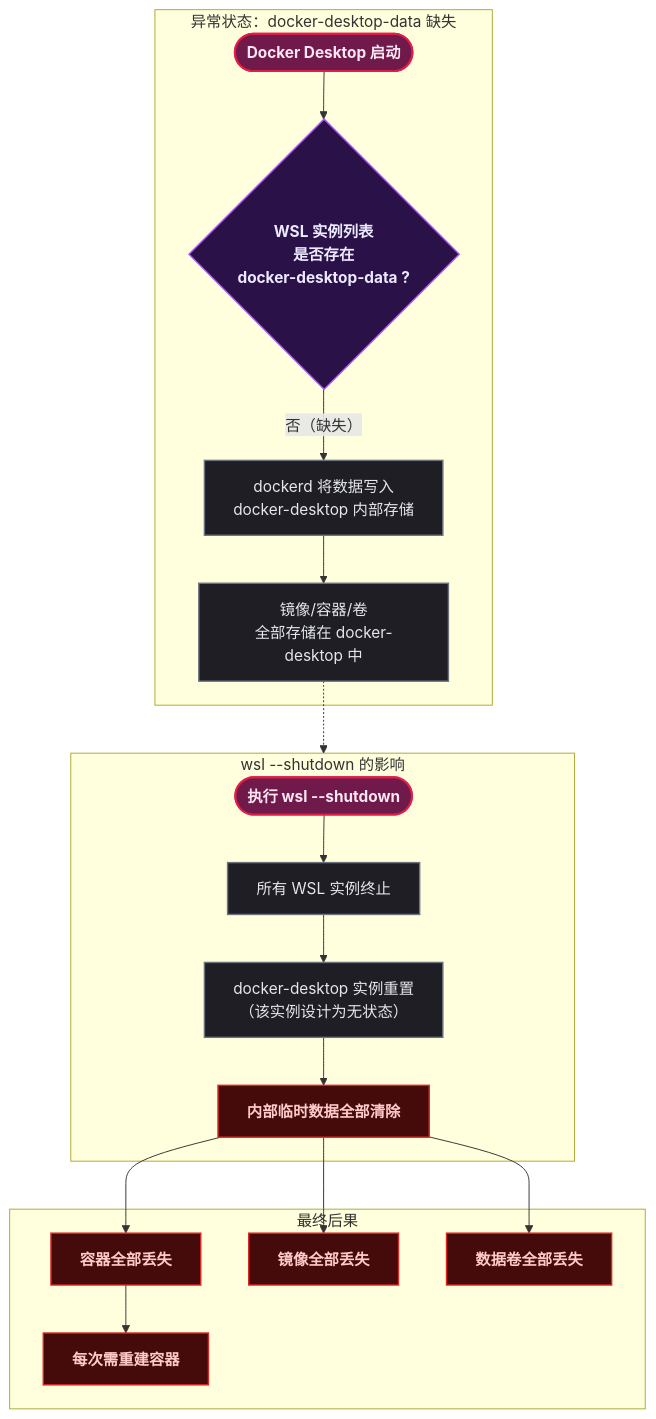
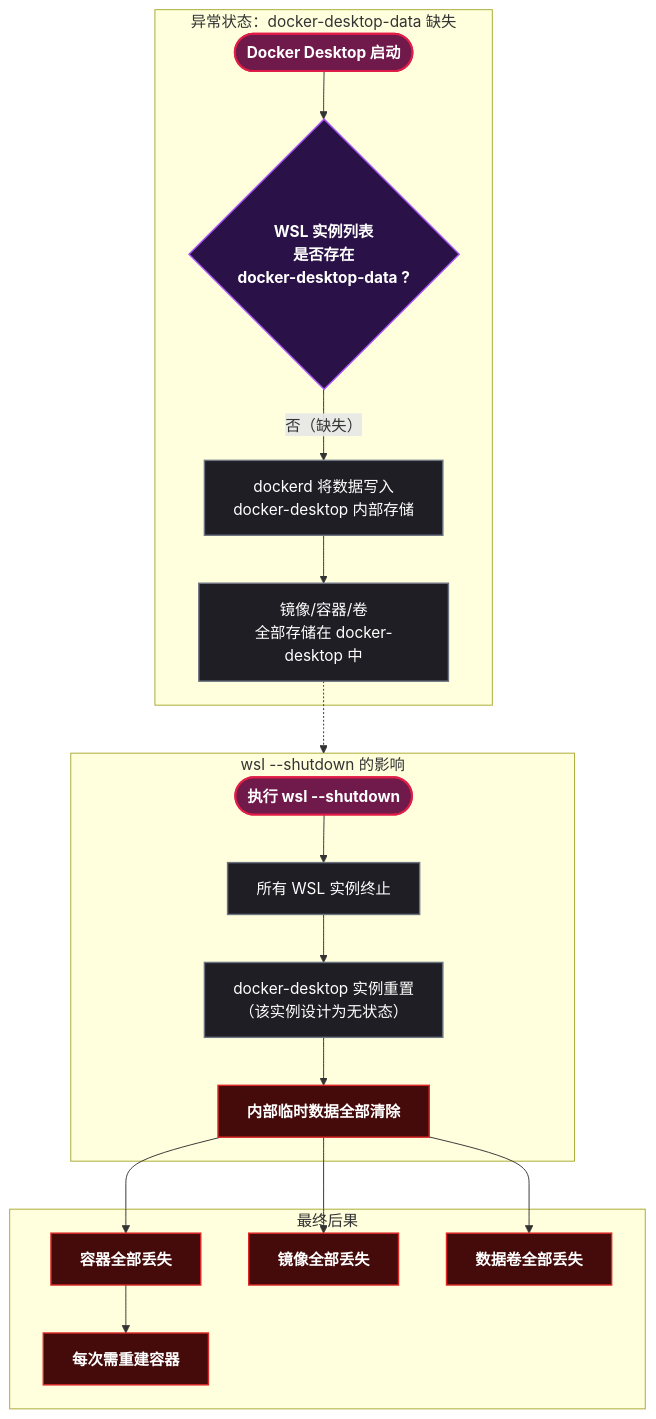
The third of 5 diagrams in content/posts/kubernetes/WslDockerDataPersistence.md (yaocat55/yaocat55.github.io), drawn with Mermaid before and after one commit. The commit also changed other lines of this file and 27 other files, not shown here.

Commit message:
docs: 全系列 93 张 Mermaid 图 classDef 改为 style 强制深底白字(修复部分渲染器白底浅字)+历史文件格式清理

````diff
--- a/content/posts/kubernetes/WslDockerDataPersistence.md
+++ b/content/posts/kubernetes/WslDockerDataPersistence.md
@@ -145,50 +142,52 @@
 ```mermaid
 flowchart TD
     %% ==========================================
     %% 样式定义
     %% ==========================================
-classDef startEnd fill:#701a4c,stroke:#e11d48,stroke-width:2px,color:#fce7f3,font-weight:bold;
-classDef condition fill:#2a1147,stroke:#a855f7,stroke-width:1.5px,color:#ede9fe,font-weight:bold;
-classDef process fill:#1e1e24,stroke:#6b7280,stroke-width:1.5px,color:#e5e7eb;
-classDef reject fill:#450a0a,stroke:#dc2626,stroke-width:1.5px,color:#fecaca,font-weight:bold;
-classDef data fill:#052e16,stroke:#16a34a,stroke-width:1.5px,color:#bbf7d0,font-weight:bold;
 
     %% ==========================================
     %% 缺失数据实例的问题链条
     %% ==========================================
     subgraph ABNORMAL ["异常状态：docker-desktop-data 缺失"]
         START([Docker Desktop 启动]) --> CHECK{"WSL 实例列表\n是否存在\ndocker-desktop-data ?"}
         CHECK -- 否（缺失） --> FALLBACK["dockerd 将数据写入\ndocker-desktop 内部存储"]
         FALLBACK --> NOTE["镜像/容器/卷\n全部存储在 docker-desktop 中"]
     end
 
     %% ==========================================
     %% shutdown 后果链
     %% ==========================================
     subgraph SHUTDOWN ["wsl --shutdown 的影响"]
         SHUT([执行 wsl --shutdown]) --> TERM["所有 WSL 实例终止"]
         TERM --> RESET["docker-desktop 实例重置\n（该实例设计为无状态）"]
         RESET --> LOSS["内部临时数据全部清除"]
     end
 
     %% ==========================================
     %% 最终结果
     %% ==========================================
     subgraph RESULT ["最终后果"]
         RESULT1["容器全部丢失"]
         RESULT2["镜像全部丢失"]
         RESULT3["数据卷全部丢失"]
         RESULT4["每次需重建容器"]
     end
 
     NOTE -.-> SHUTDOWN
     LOSS --> RESULT1
     LOSS --> RESULT2
     LOSS --> RESULT3
     RESULT1 --> RESULT4
-
-    class START,SHUT startEnd;
-    class CHECK condition;
-    class FALLBACK,NOTE,TERM,RESET process;
-    class LOSS,RESULT1,RESULT2,RESULT3,RESULT4 reject;
+    style START fill:#701a4c,stroke:#e11d48,stroke-width:2px,color:#ffffff,font-weight:bold
+    style SHUT fill:#701a4c,stroke:#e11d48,stroke-width:2px,color:#ffffff,font-weight:bold
+    style CHECK fill:#2a1147,stroke:#a855f7,stroke-width:1.5px,color:#ffffff,font-weight:bold
+    style FALLBACK fill:#1e1e24,stroke:#6b7280,stroke-width:1.5px,color:#ffffff
+    style NOTE fill:#1e1e24,stroke:#6b7280,stroke-width:1.5px,color:#ffffff
+    style TERM fill:#1e1e24,stroke:#6b7280,stroke-width:1.5px,color:#ffffff
+    style RESET fill:#1e1e24,stroke:#6b7280,stroke-width:1.5px,color:#ffffff
+    style LOSS fill:#450a0a,stroke:#dc2626,stroke-width:1.5px,color:#ffffff,font-weight:bold
+    style RESULT1 fill:#450a0a,stroke:#dc2626,stroke-width:1.5px,color:#ffffff,font-weight:bold
+    style RESULT2 fill:#450a0a,stroke:#dc2626,stroke-width:1.5px,color:#ffffff,font-weight:bold
+    style RESULT3 fill:#450a0a,stroke:#dc2626,stroke-width:1.5px,color:#ffffff,font-weight:bold
+    style RESULT4 fill:#450a0a,stroke:#dc2626,stroke-width:1.5px,color:#ffffff,font-weight:bold
 ```
````
